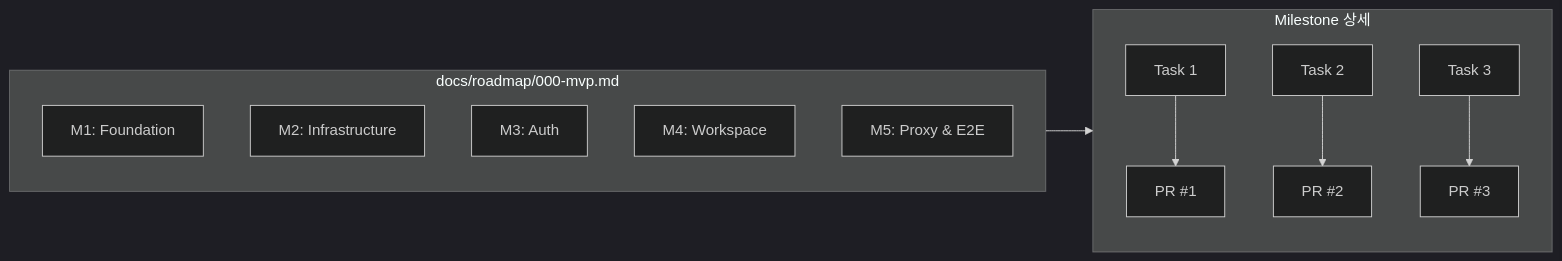
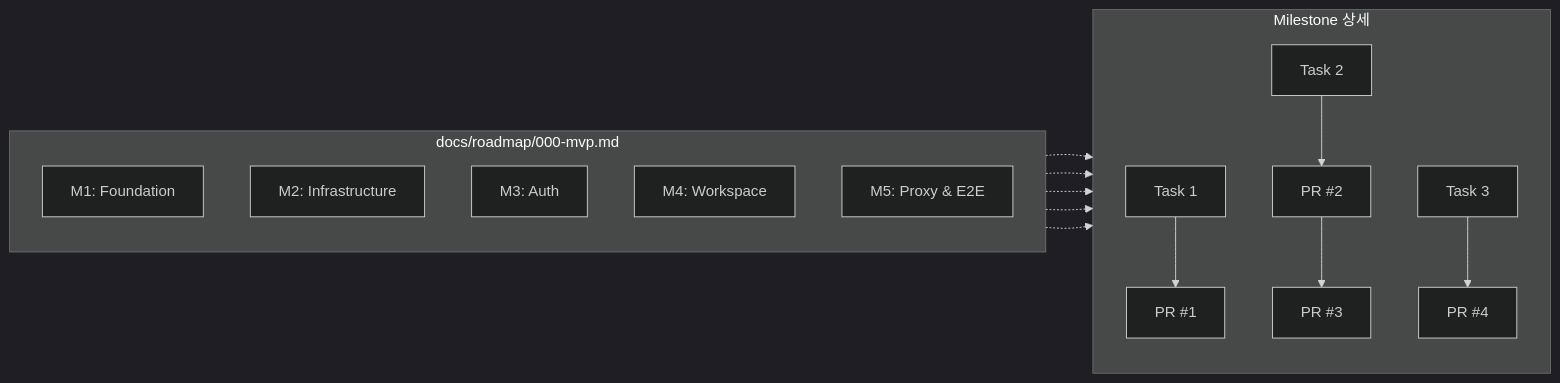
The third of 8 diagrams in docs/workflow.md (cagojeiger/code-hub), drawn with Mermaid (dark theme) before and after one commit. The commit also changed other lines of this file and 1 other file, not shown here.

````diff
--- a/docs/workflow.md
+++ b/docs/workflow.md
@@ -122,20 +145,24 @@
 ```mermaid
 flowchart LR
     subgraph Roadmap["docs/roadmap/000-mvp.md"]
         direction TB
         M1["M1: Foundation"]
         M2["M2: Infrastructure"]
         M3["M3: Auth"]
         M4["M4: Workspace"]
         M5["M5: Proxy & E2E"]
     end
 
     subgraph Milestone["Milestone 상세"]
         direction TB
         T1["Task 1"] --> PR1["PR #1"]
-        T2["Task 2"] --> PR2["PR #2"]
-        T3["Task 3"] --> PR3["PR #3"]
+        T2["Task 2"] --> PR2["PR #2"] --> PR2F["PR #3"]
+        T3["Task 3"] --> PR3["PR #4"]
     end
 
-    M1 --> Milestone
+    M1 -.-> Milestone
+    M2 -.-> Milestone
+    M3 -.-> Milestone
+    M4 -.-> Milestone
+    M5 -.-> Milestone
 ```
````
